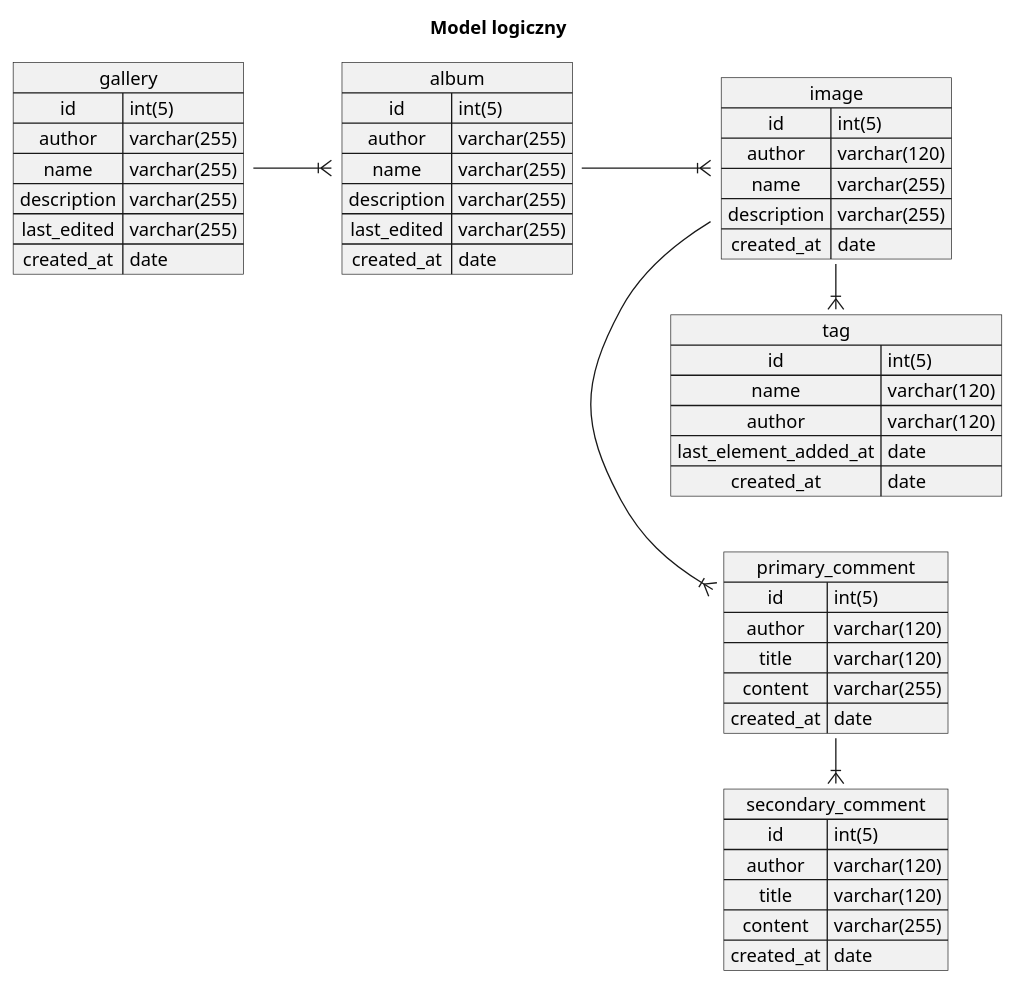
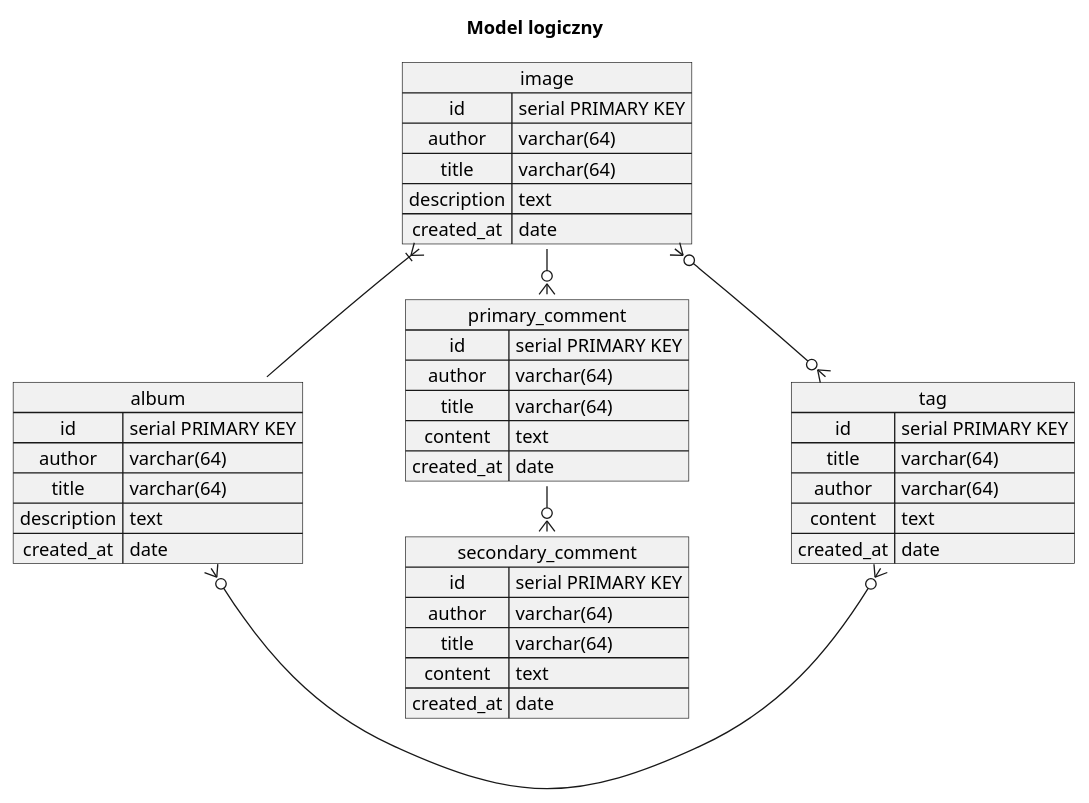
The diagram in logical.puml (paiGallery3G/db_models), drawn with PlantUML before and after one commit.

```diff
--- a/logical.puml
+++ b/logical.puml
@@ -1,62 +1,52 @@
 @startuml
 left to right direction
 ' Horizontal lines:
 ' Vertical lines: -->, <--, <-->, ->, -|{, <->
 title Model logiczny
 
-map gallery {
- id => int(5)
- author => varchar(255)
- name => varchar(255)
- description => varchar(255)
- last_edited => varchar(255)
- created_at => date
-}
-
 map album {
- id => int(5)
- author => varchar(255)
- name => varchar(255)
- description => varchar(255)
- last_edited => varchar(255)
+ id => serial PRIMARY KEY
+ author => varchar(64)
+ title => varchar(64)
+ description => text
  created_at => date
 }
 
 map image {
- id => int(5)
- author => varchar(120)
- name => varchar(255)
- description => varchar(255)
+ id => serial PRIMARY KEY
+ author => varchar(64)
+ title => varchar(64)
+ description => text
  created_at => date
 }
 
 map primary_comment {
- id => int(5)
- author => varchar(120)
- title => varchar(120)
- content => varchar(255)
+ id => serial PRIMARY KEY
+ author => varchar(64)
+ title => varchar(64)
+ content => text
  created_at => date
 }
 
 map secondary_comment {
- id => int(5)
- author => varchar(120)
- title => varchar(120)
- content => varchar(255)
+ id => serial PRIMARY KEY
+ author => varchar(64)
+ title => varchar(64)
+ content => text
  created_at => date
 }
 
 map tag {
- id => int(5)
- name => varchar(120)
- author => varchar(120)
- last_element_added_at => date
+ id => serial PRIMARY KEY
+ title => varchar(64)
+ author => varchar(64)
+ content => text
  created_at => date
 }
 
-gallery --|{ album
 album --|{ image
-image -|{ primary_comment
-primary_comment -|{ secondary_comment
-image -|{ tag
+image -o{ primary_comment
+primary_comment -o{ secondary_comment
+image }o--o{ tag
+album }o--o{ tag
 @enduml
```
